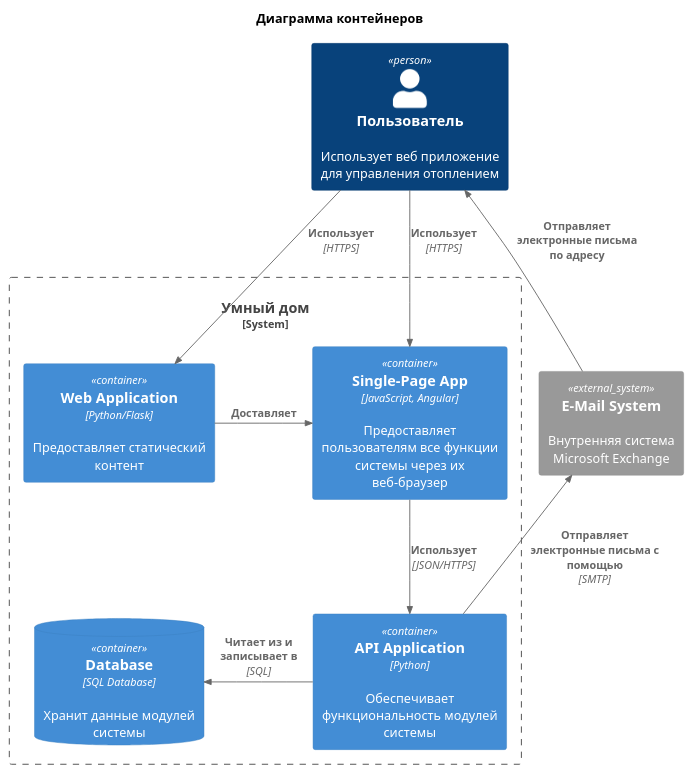
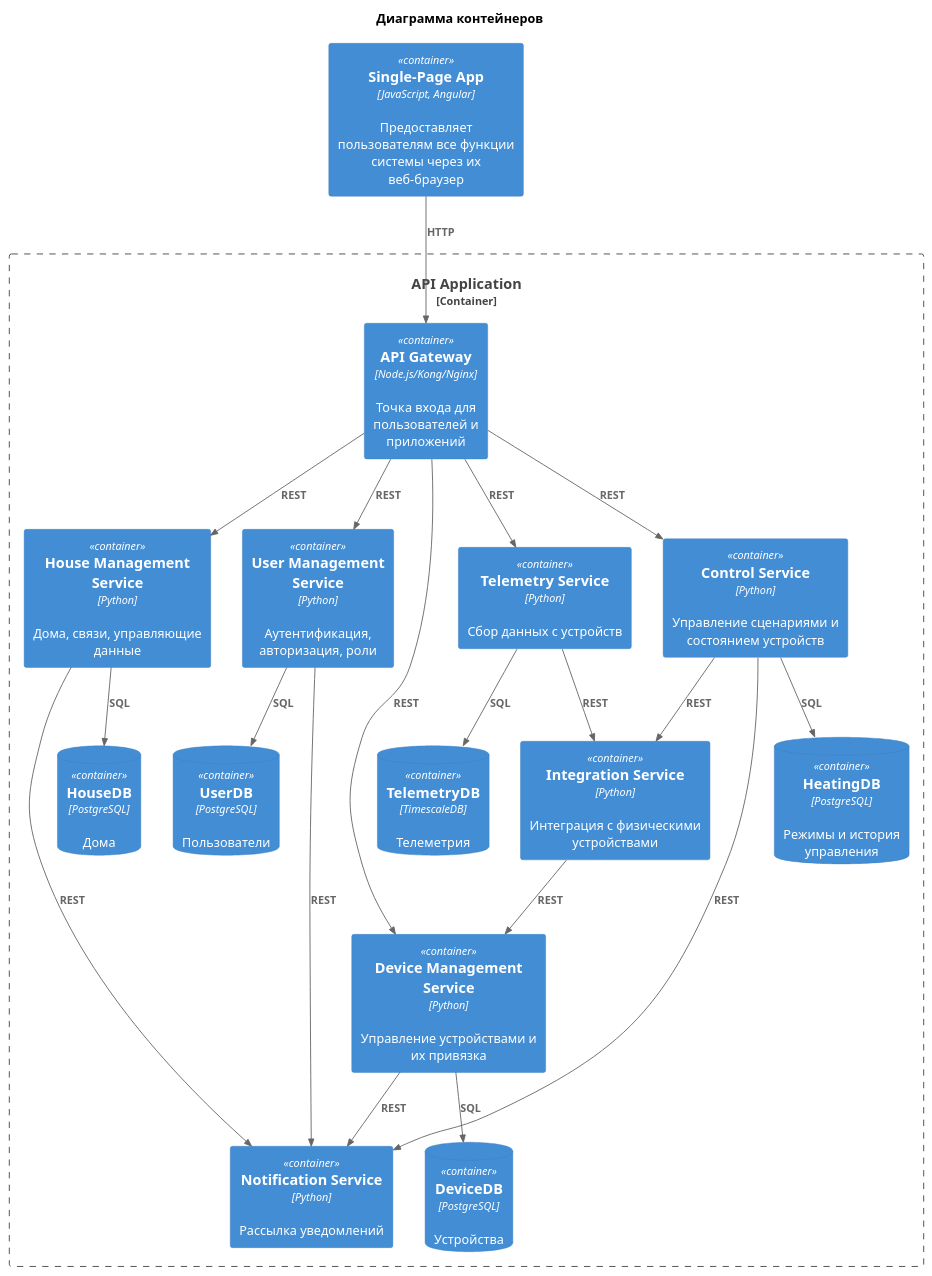
Before and after one commit to vdovinov/architecture-warmhouse: the diagram in sprint1_task2/container_diagram.puml, drawn with PlantUML. The commit also changed 6 other files, not shown here.

Commit message:
change Componet diagram, Container diagram, docker-compose.yml, DockerFile, app.py (API)

```diff
--- a/sprint1_task2/container_diagram.puml
+++ b/sprint1_task2/container_diagram.puml
@@ -1,29 +1,48 @@
 @startuml
 !include https://raw.githubusercontent.com/plantuml-stdlib/C4-PlantUML/master/C4_Container.puml
 
-'LAYOUT_WITH_LEGEND()
-
 title Диаграмма контейнеров
 
-Person(user, "Пользователь", "Использует веб приложение для управления отоплением")
+Container(spa, "Single-Page App", "JavaScript, Angular", "Предоставляет пользователям все функции системы через их веб-браузер")
 
-System_Boundary(s1, "Умный дом") {
-  Container(web_app, "Web Application", "Python/Flask", "Предоставляет статический контент")
-  Container(spa, "Single-Page App", "JavaScript, Angular", "Предоставляет пользователям все функции системы через их веб-браузер")
-  ContainerDb(database, "Database", "SQL Database", "Хранит данные модулей системы")
-  Container(backend_api, "API Application", "Python", "Обеспечивает функциональность модулей системы")
- }
+Container_Boundary(api_app, "API Application") {
+  Container(api_gateway, "API Gateway", "Node.js/Kong/Nginx", "Точка входа для пользователей и приложений")
+  Container(user_srv, "User Management Service", "Python", "Аутентификация, авторизация, роли")
+  Container(house_srv, "House Management Service", "Python", "Дома, связи, управляющие данные")
+  Container(device_srv, "Device Management Service", "Python", "Управление устройствами и их привязка")
+  Container(telemetry_srv, "Telemetry Service", "Python", "Сбор данных с устройств")
+  Container(control_srv, "Control Service", "Python", "Управление сценариями и состоянием устройств")
+  Container(integration_srv, "Integration Service", "Python", "Интеграция с физическими устройствами")
+  Container(notify_srv, "Notification Service", "Python", "Рассылка уведомлений")
+  ContainerDb(userdb, "UserDB", "PostgreSQL", "Пользователи")
+  ContainerDb(housedb, "HouseDB", "PostgreSQL", "Дома")
+  ContainerDb(devicedb, "DeviceDB", "PostgreSQL", "Устройства")
+  ContainerDb(telemetrydb, "TelemetryDB", "TimescaleDB", "Телеметрия")
+  ContainerDb(heatingdb, "HeatingDB", "PostgreSQL", "Режимы и история управления")
+}
 
-System_Ext(email_system, "E-Mail System", "Внутренняя система Microsoft Exchange")
+Rel(spa, api_gateway, "HTTP")
 
-Rel(user, web_app, "Использует", "HTTPS")
-Rel(user, spa, "Использует", "HTTPS")
+Rel(api_gateway, user_srv, "REST")
+Rel(api_gateway, house_srv, "REST")
+Rel(api_gateway, device_srv, "REST")
+Rel(api_gateway, control_srv, "REST")
+Rel(api_gateway, telemetry_srv, "REST")
 
-Rel_Neighbor(web_app, spa, "Доставляет")
-Rel(spa, backend_api, "Использует", "JSON/HTTPS")
-Rel_Back_Neighbor(database, backend_api, "Читает из и записывает в", "SQL")
+Rel(user_srv, userdb, "SQL")
+Rel(house_srv, housedb, "SQL")
+Rel(device_srv, devicedb, "SQL")
+Rel(telemetry_srv, telemetrydb, "SQL")
+Rel(control_srv, heatingdb, "SQL")
 
-Rel_Back(user, email_system, "Отправляет электронные письма по адресу")
-Rel_Back(email_system, backend_api, "Отправляет электронные письма с помощью", "SMTP")
+Rel(control_srv, integration_srv, "REST")
+Rel(integration_srv, device_srv, "REST")
+Rel(telemetry_srv, integration_srv, "REST")
+
+Rel(control_srv, notify_srv, "REST")
+Rel(user_srv, notify_srv, "REST")
+Rel(house_srv, notify_srv, "REST")
+Rel(device_srv, notify_srv, "REST")
+
 
 @enduml
```
